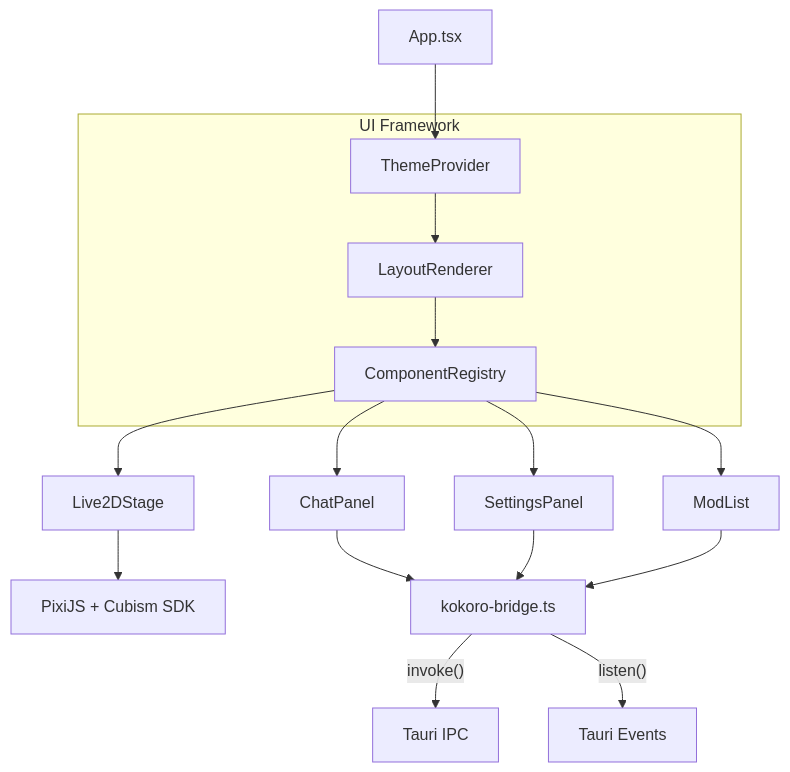
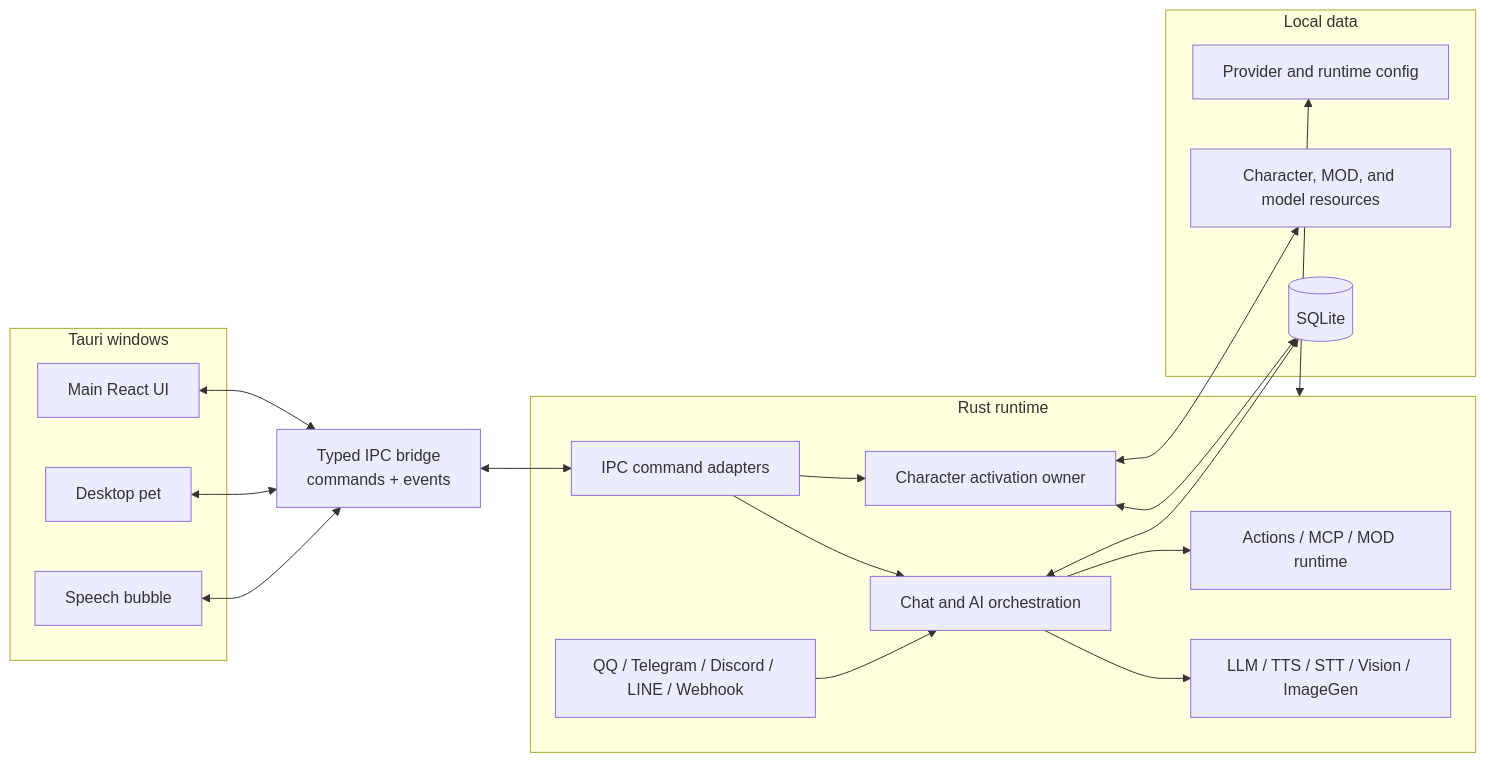
One commit to chyinan/Kokoro-Engine changed the diagram in docs/architecture.md. Above: the diagram before and after it, drawn with Mermaid. The commit also changed other lines of this file and 8 other files, not shown here.

Commit message:
docs: align architecture and API references

````diff
--- a/docs/architecture.md
+++ b/docs/architecture.md
@@ -316,24 +14,35 @@
 ```mermaid
-graph TD
-    App["App.tsx"] --> TP["ThemeProvider"]
-    TP --> LR["LayoutRenderer"]
-    LR --> CR["ComponentRegistry"]
-    CR --> L2D["Live2DStage"]
-    CR --> CP["ChatPanel"]
-    CR --> SP["SettingsPanel"]
-    CR --> ML["ModList"]
-
-    L2D --> Pixi["PixiJS + Cubism SDK"]
-    CP --> Bridge["kokoro-bridge.ts"]
-    SP --> Bridge
-    ML --> Bridge
-
-    Bridge -->|"invoke()"| Tauri["Tauri IPC"]
-    Bridge -->|"listen()"| Events["Tauri Events"]
-
-    subgraph "UI Framework"
-        LR
-        CR
-        TP
-    end
+flowchart LR
+  subgraph Windows["Tauri windows"]
+    Main["Main React UI"]
+    Pet["Desktop pet"]
+    Bubble["Speech bubble"]
+  end
+  Bridge["Typed IPC bridge<br/>commands + events"]
+  subgraph Runtime["Rust runtime"]
+    Commands["IPC command adapters"]
+    AI["Chat and AI orchestration"]
+    Character["Character activation owner"]
+    Media["LLM / TTS / STT / Vision / ImageGen"]
+    Tools["Actions / MCP / MOD runtime"]
+    Bots["QQ / Telegram / Discord / LINE / Webhook"]
+  end
+  subgraph Data["Local data"]
+    SQLite[("SQLite")]
+    Config["Provider and runtime config"]
+    Packages["Character, MOD, and model resources"]
+  end
+  Main <--> Bridge
+  Pet <--> Bridge
+  Bubble <--> Bridge
+  Bridge <--> Commands
+  Commands --> AI
+  Commands --> Character
+  AI --> Media
+  AI --> Tools
+  Bots --> AI
+  Character <--> SQLite
+  AI <--> SQLite
+  Runtime <--> Config
+  Character <--> Packages
 ```
````
